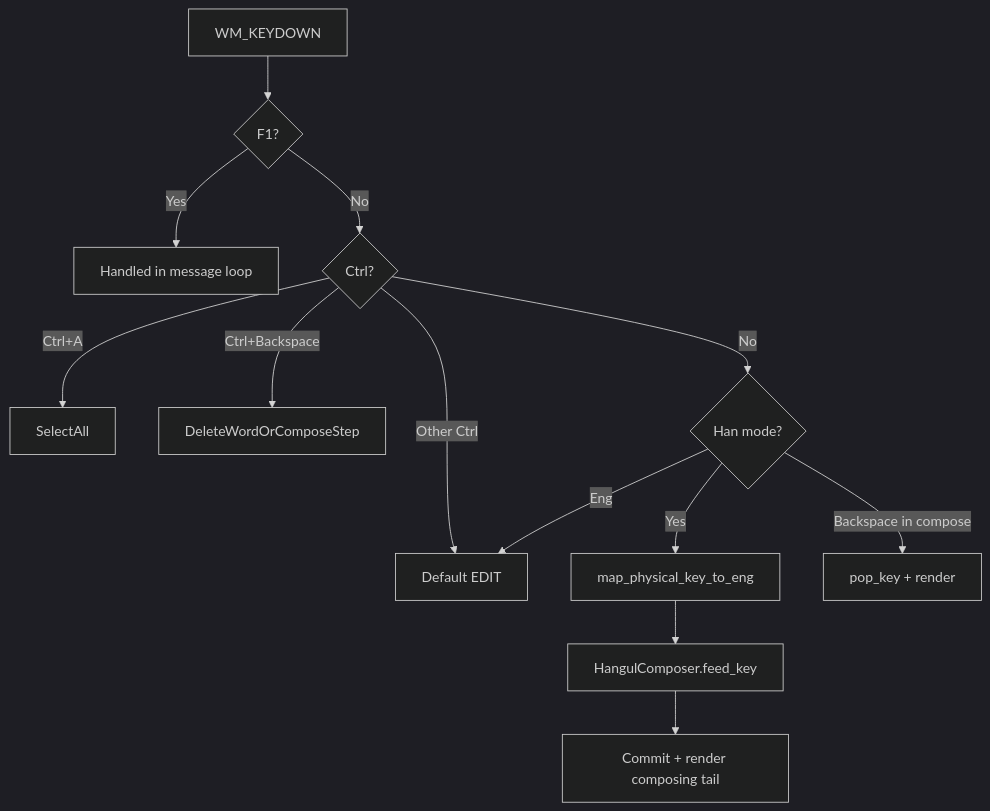
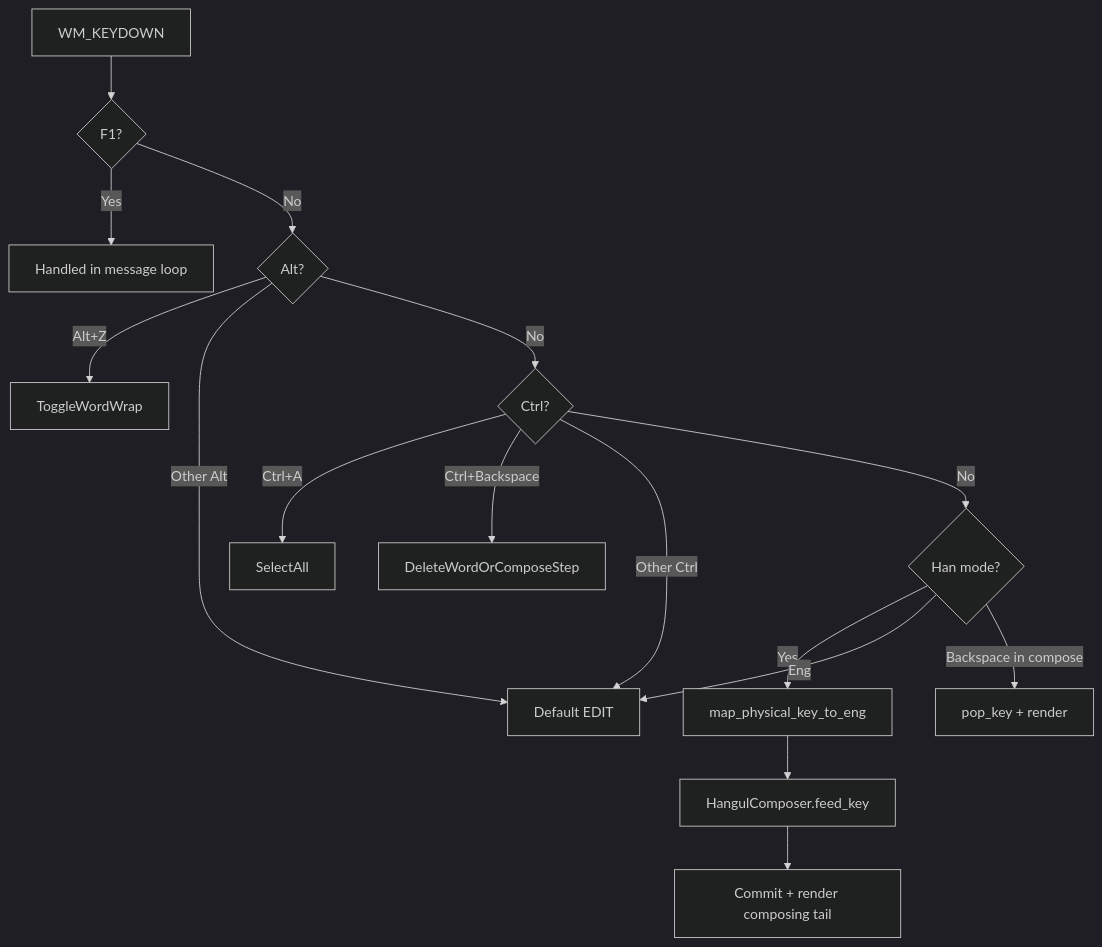
One commit to noelfania/key2gksrmf changed the third of 3 diagrams in doc/app-detailed-design.md. Above: the diagram before and after it, drawn with Mermaid (dark theme). The commit also changed other lines of this file and 8 other files, not shown here.

````diff
--- a/doc/app-detailed-design.md
+++ b/doc/app-detailed-design.md
@@ -250,15 +301,18 @@
 ```mermaid
 flowchart TD
     keyDown[WM_KEYDOWN] --> f1Check{F1?}
     f1Check -->|Yes| toggleMode[Handled in message loop]
-    f1Check -->|No| ctrlCheck{Ctrl?}
+    f1Check -->|No| altCheck{Alt?}
+    altCheck -->|Alt+Z| wrap[ToggleWordWrap]
+    altCheck -->|Other Alt| defaultEdit
+    altCheck -->|No| ctrlCheck{Ctrl?}
     ctrlCheck -->|Ctrl+A| selectAll[SelectAll]
     ctrlCheck -->|Ctrl+Backspace| deleteWord[DeleteWordOrComposeStep]
     ctrlCheck -->|Other Ctrl| defaultEdit[Default EDIT]
     ctrlCheck -->|No| modeCheck{Han mode?}
     modeCheck -->|Yes| mapKey[map_physical_key_to_eng]
     mapKey --> composer[HangulComposer.feed_key]
     composer --> render[Commit + render composing tail]
     modeCheck -->|Eng| defaultEdit
     modeCheck -->|Backspace in compose| popKey[pop_key + render]
 ```
````
